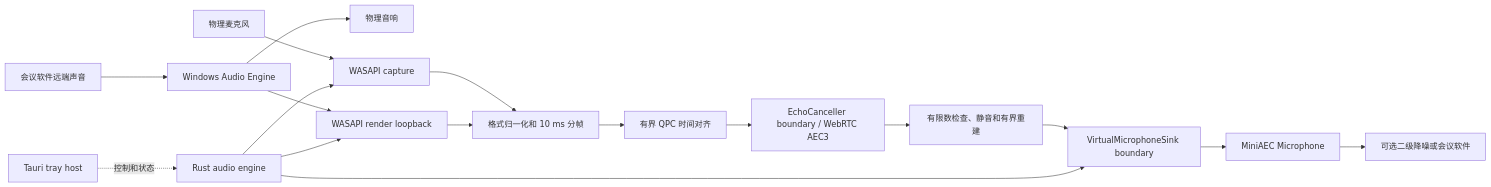
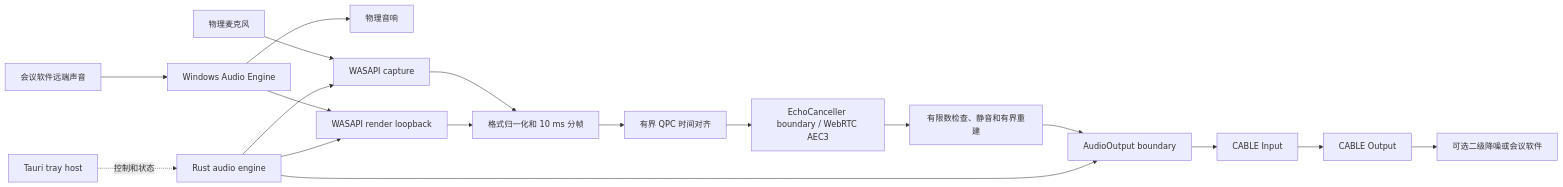
The diagram in docs/technical-plan.md (dsrkafuu/mini-aec), drawn with Mermaid before and after one commit. The commit also changed other lines of this file and 93 other files, not shown here.

````diff
--- a/docs/technical-plan.md
+++ b/docs/technical-plan.md
@@ -34,19 +34,20 @@
 ```mermaid
 flowchart LR
   Remote["会议软件远端声音"] --> Mixer["Windows Audio Engine"]
   Mixer --> Speaker["物理音响"]
   Mixer --> Loopback["WASAPI render loopback"]
   Mic["物理麦克风"] --> Capture["WASAPI capture"]
   Capture --> Normalize["格式归一化和 10 ms 分帧"]
   Loopback --> Normalize
   Normalize --> Align["有界 QPC 时间对齐"]
   Align --> AEC["EchoCanceller boundary / WebRTC AEC3"]
   AEC --> Safety["有限数检查、静音和有界重建"]
-  Safety --> Bridge["VirtualMicrophoneSink boundary"]
-  Bridge --> Driver["MiniAEC Microphone"]
-  Driver --> Downstream["可选二级降噪或会议软件"]
+  Safety --> Bridge["AudioOutput boundary"]
+  Bridge --> CableInput["CABLE Input"]
+  CableInput --> CableOutput["CABLE Output"]
+  CableOutput --> Downstream["可选二级降噪或会议软件"]
   Tray["Tauri tray host"] -. 控制和状态 .-> Engine["Rust audio engine"]
   Engine --> Capture
   Engine --> Loopback
   Engine --> Bridge
 ```
````
